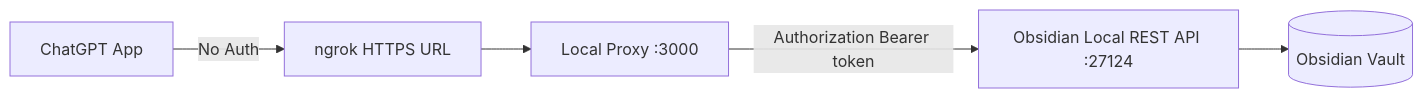
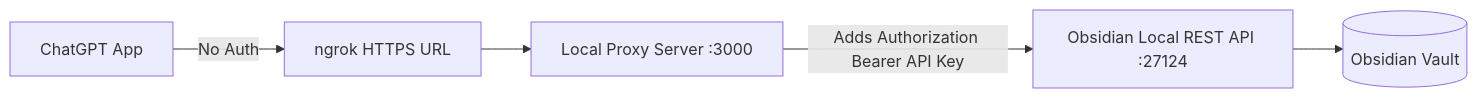
Before and after one commit to Sumanth1305/chatgpt-obsidian-mcp-proxy: the first of 3 diagrams in README.md, drawn with Mermaid. The commit also changed other lines of this file and 1 other file, not shown here.

Commit message:
Mirror Obsidian setup notes in docs

````diff
--- a/README.md
+++ b/README.md
@@ -9,7 +24,7 @@
 ```mermaid
 flowchart LR
     A[ChatGPT App] -->|No Auth| B[ngrok HTTPS URL]
-    B --> C[Local Proxy :3000]
-    C -->|Authorization Bearer token| D[Obsidian Local REST API :27124]
+    B --> C[Local Proxy Server :3000]
+    C -->|Adds Authorization Bearer API Key| D[Obsidian Local REST API :27124]
     D --> E[(Obsidian Vault)]
 ```
````
